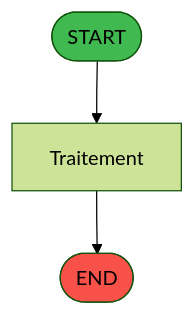
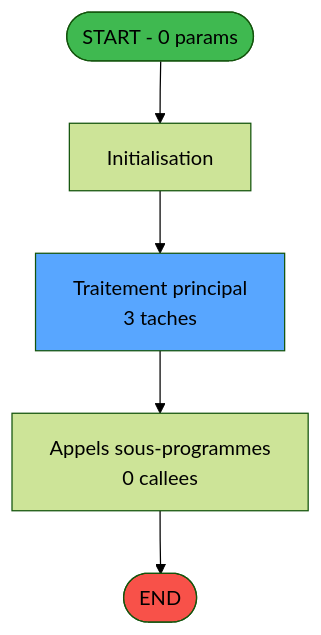
The first of 3 diagrams in .openspec/renders/ADH-IDE-207.md (thonyAGP/lecteur-magic), drawn with Mermaid (forest theme) before and after one commit. The commit also changed other lines of this file and 701 other files, not shown here.

````diff
--- a/.openspec/renders/ADH-IDE-207.md
+++ b/.openspec/renders/ADH-IDE-207.md
@@ -69,9 +82,14 @@
 ```mermaid
 flowchart TD
-    START([START])
-    PROCESS[Traitement]
+    START([START - 0 params])
+    INIT["Initialisation"]
+    PROCESS["Traitement principal<br/>3 taches"]
+    CALLS["Appels sous-programmes<br/>0 callees"]
     ENDOK([END])
-    START --> PROCESS --> ENDOK
+
+    START --> INIT --> PROCESS --> CALLS --> ENDOK
+
     style START fill:#3fb950
     style ENDOK fill:#f85149
+    style PROCESS fill:#58a6ff
 ```
````
